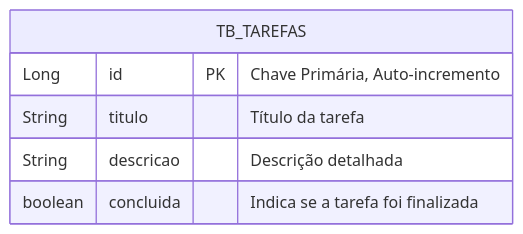
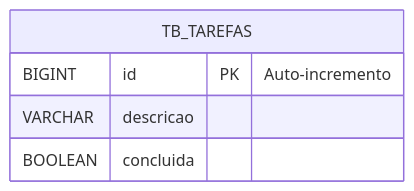
Before and after one commit to ricardotecpro/ads_proj_aplicacao_full_stack: the second of 4 diagrams in projetos/listadetarefas_01/README.md, drawn with Mermaid. The commit also changed other lines of this file and 79 other files, not shown here.

````diff
--- a/projetos/listadetarefas_01/README.md
+++ b/projetos/listadetarefas_01/README.md
@@ -114,9 +115,8 @@
 ```mermaid
 erDiagram
     TB_TAREFAS {
-        Long id PK "Chave Primária, Auto-incremento"
-        String titulo "Título da tarefa"
-        String descricao "Descrição detalhada"
-        boolean concluida "Indica se a tarefa foi finalizada"
+        BIGINT id PK "Auto-incremento"
+        VARCHAR descricao
+        BOOLEAN concluida
     }
 ```
````
